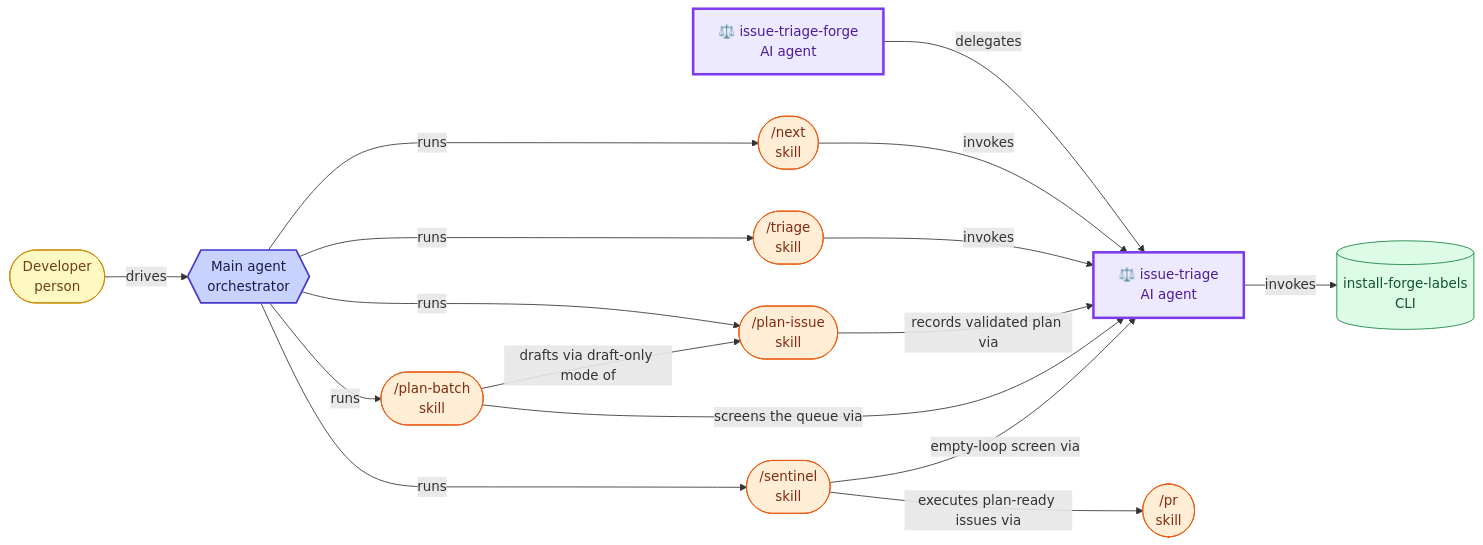
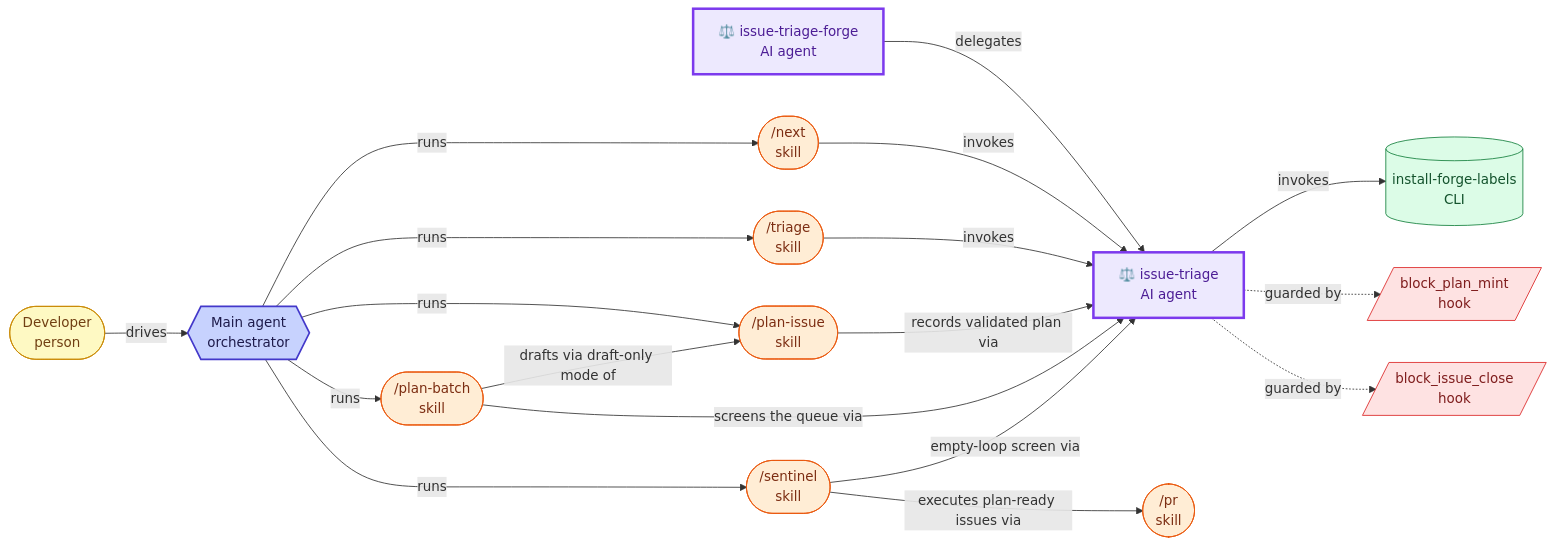
The fifth of 7 diagrams in docs/agent-architecture.md (misnaej/forge), drawn with Mermaid before and after one commit. The commit also changed 14 other files, not shown here.

First line of the commit message:
feat(hooks): only issue-triage records plans; no agent closes issues

````diff
--- a/docs/agent-architecture.md
+++ b/docs/agent-architecture.md
@@ -320,51 +320,57 @@
 ```mermaid
 graph LR
   classDef person fill:#fef9c3,stroke:#ca8a04,color:#713f12
   classDef agent fill:#ede9fe,stroke:#7c3aed,color:#4c1d95
   classDef skill fill:#ffedd5,stroke:#ea580c,color:#7c2d12
   classDef hook fill:#fee2e2,stroke:#dc2626,color:#7f1d1d
   classDef cli fill:#dcfce7,stroke:#15803d,color:#14532d
   classDef policy fill:#f1f5f9,stroke:#64748b,color:#334155
   classDef orchestrator fill:#c7d2fe,stroke:#4338ca,color:#1e1b4b,stroke-width:2px
   classDef reporter stroke-dasharray:5 3
   classDef mutator stroke-width:3px
   human(["Developer<br/>person"])
   main_agent{{"Main agent<br/>orchestrator"}}
   human -->|drives| main_agent
   cli_install_forge_labels[("install-forge-labels<br/>CLI")]
+  hk_block_plan_mint[/"block_plan_mint<br/>hook"/]
+  hk_block_issue_close[/"block_issue_close<br/>hook"/]
   issue_triage["⚖️ issue-triage<br/>AI agent"]
   issue_triage_forge["⚖️ issue-triage-forge<br/>AI agent"]
   sk_next(["/next<br/>skill"])
   sk_triage(["/triage<br/>skill"])
   sk_plan_issue(["/plan-issue<br/>skill"])
   sk_plan_batch(["/plan-batch<br/>skill"])
   sk_sentinel(["/sentinel<br/>skill"])
   sk_pr(["/pr<br/>skill"])
   main_agent -->|runs| sk_next
   main_agent -->|runs| sk_triage
   main_agent -->|runs| sk_plan_issue
   main_agent -->|runs| sk_plan_batch
   main_agent -->|runs| sk_sentinel
   issue_triage_forge -->|delegates| issue_triage
   sk_next -->|invokes| issue_triage
   sk_triage -->|invokes| issue_triage
   sk_plan_issue -->|records validated plan via| issue_triage
   sk_plan_batch -->|screens the queue via| issue_triage
   sk_plan_batch -->|drafts via draft-only mode of| sk_plan_issue
   sk_sentinel -->|executes plan-ready issues via| sk_pr
   sk_sentinel -->|empty-loop screen via| issue_triage
   issue_triage -->|invokes| cli_install_forge_labels
+  issue_triage -.->|guarded by| hk_block_plan_mint
+  issue_triage -.->|guarded by| hk_block_issue_close
   class human person
   class main_agent orchestrator
   class cli_install_forge_labels cli
+  class hk_block_plan_mint hook
+  class hk_block_issue_close hook
   class issue_triage agent
   class issue_triage mutator
   class issue_triage_forge agent
   class issue_triage_forge mutator
   class sk_next skill
   class sk_triage skill
   class sk_plan_issue skill
   class sk_plan_batch skill
   class sk_sentinel skill
   class sk_pr skill
 ```
````
